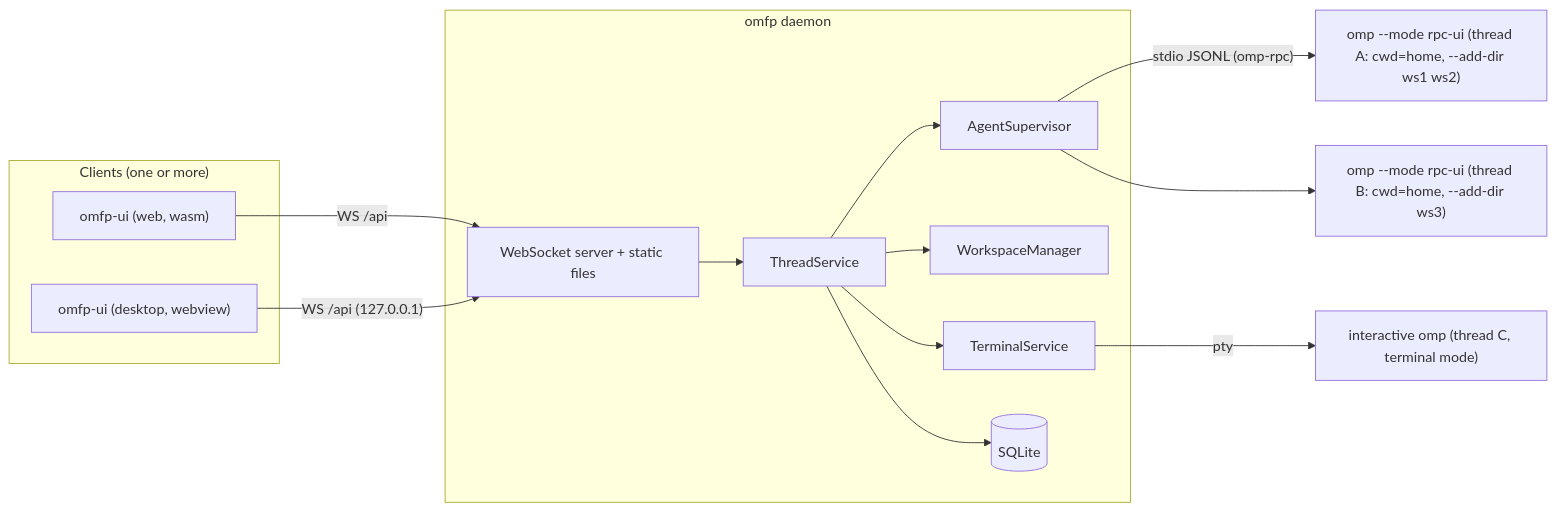
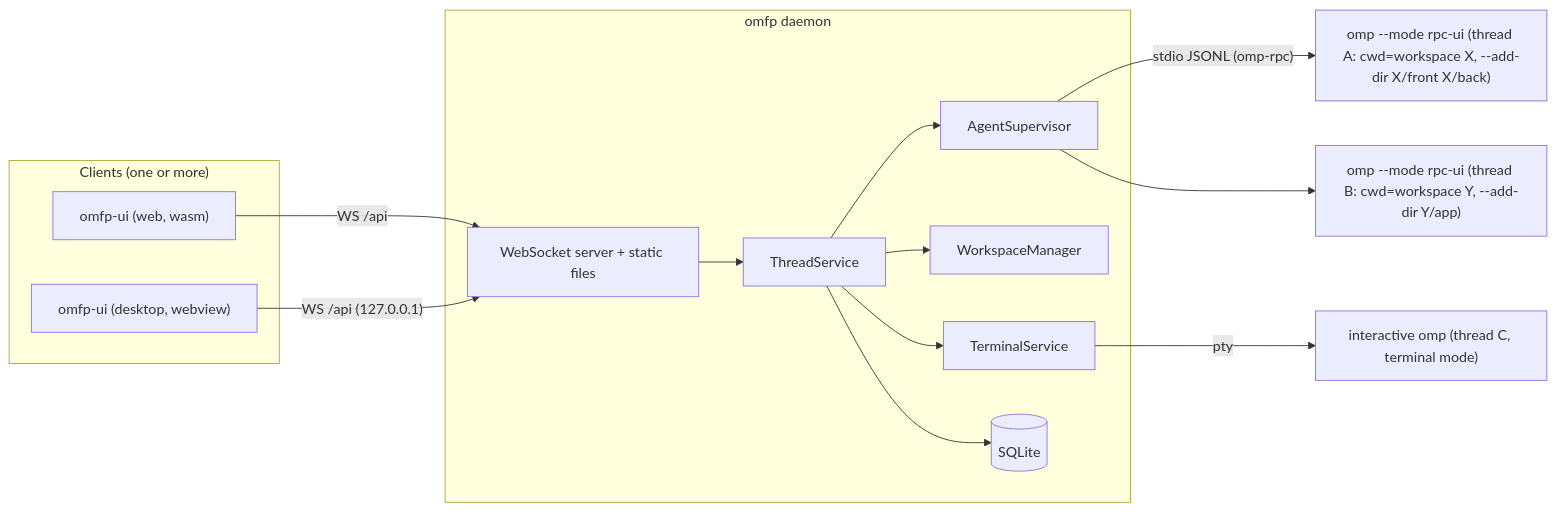
The second of 3 diagrams in docs/specs/00-overview.md (TonioGela/omfp), drawn with Mermaid before and after one commit. The commit also changed 97 other files, not shown here.

````diff
--- a/docs/specs/00-overview.md
+++ b/docs/specs/00-overview.md
@@ -50,23 +50,23 @@
 ```mermaid
 flowchart LR
   subgraph client["Clients (one or more)"]
     W["omfp-ui (web, wasm)"]
     D["omfp-ui (desktop, webview)"]
   end
   subgraph daemon["omfp daemon"]
     WS[WebSocket server + static files]
     TS[ThreadService]
     SUP[AgentSupervisor]
     WK[WorkspaceManager]
     PTY[TerminalService]
     DB[(SQLite)]
   end
   W -- "WS /api" --> WS
   D -- "WS /api (127.0.0.1)" --> WS
   WS --> TS
   TS --> SUP & WK & DB
   TS --> PTY
-  SUP -- "stdio JSONL (omp-rpc)" --> O1["omp --mode rpc-ui (thread A: cwd=home, --add-dir ws1 ws2)"]
-  SUP --> O2["omp --mode rpc-ui (thread B: cwd=home, --add-dir ws3)"]
+  SUP -- "stdio JSONL (omp-rpc)" --> O1["omp --mode rpc-ui (thread A: cwd=workspace X, --add-dir X/front X/back)"]
+  SUP --> O2["omp --mode rpc-ui (thread B: cwd=workspace Y, --add-dir Y/app)"]
   PTY -- "pty" --> OTERM["interactive omp (thread C, terminal mode)"]
 ```
````
